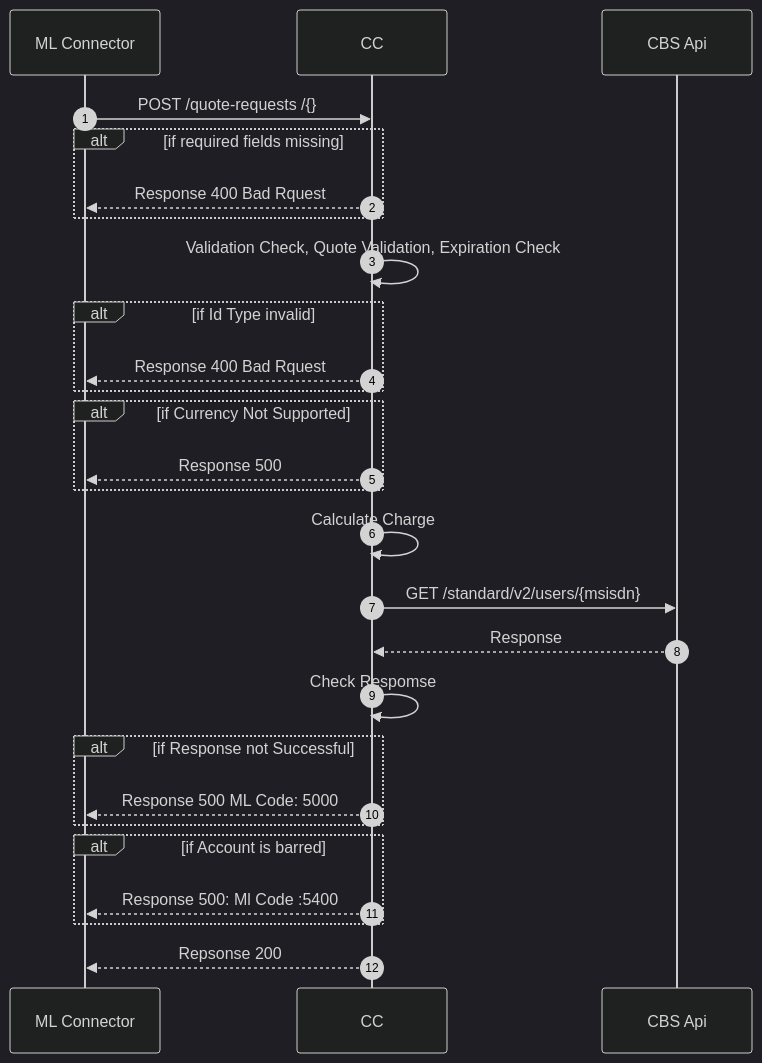
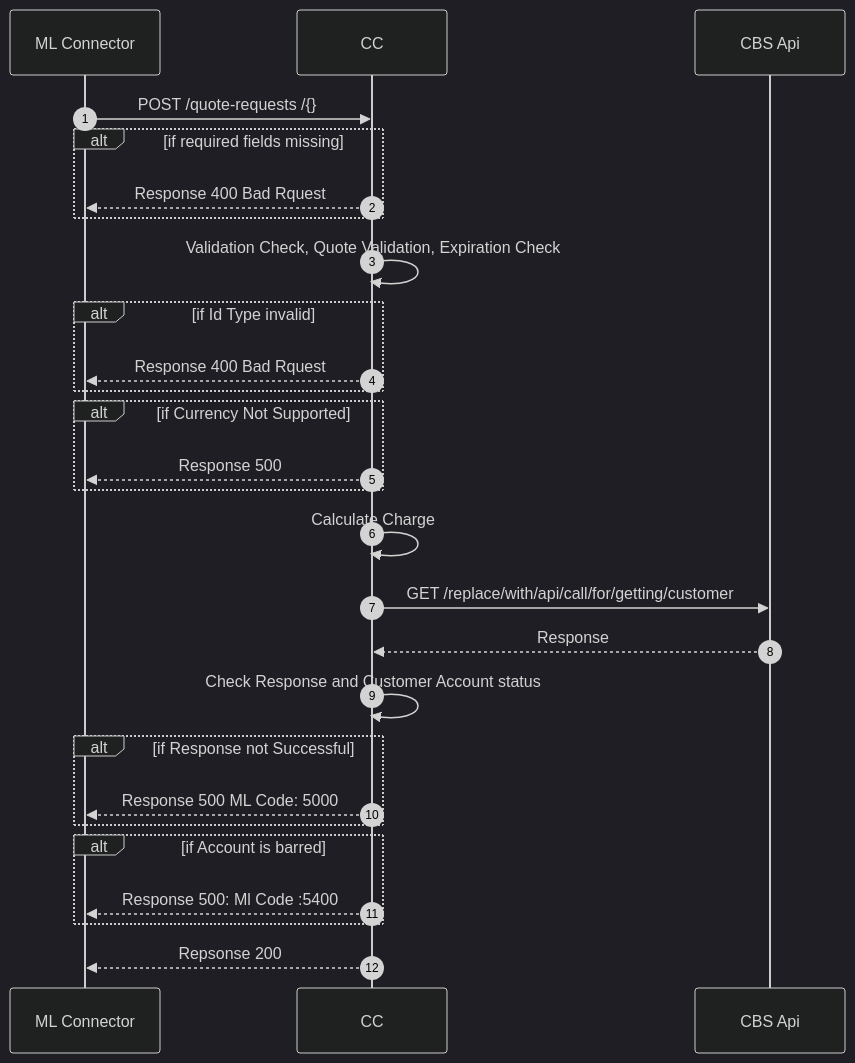
The diagram in core-connector-template/docs/payee-quoterequests.md (mojaloop/ml-reference-connectors), drawn with Mermaid (dark theme) before and after one commit. The commit also changed other lines of this file and 13 other files, not shown here.

````diff
--- a/core-connector-template/docs/payee-quoterequests.md
+++ b/core-connector-template/docs/payee-quoterequests.md
@@ -3,26 +4,26 @@
 ```mermaid
    sequenceDiagram
 autoNumber
 ML Connector ->> CC: POST /quote-requests /{}
 Alt if required fields missing
 CC-->>ML Connector: Response 400 Bad Rquest
 End
 CC->> CC:Validation Check, Quote Validation, Expiration Check
 Alt if Id Type invalid
 CC-->>ML Connector: Response 400 Bad Rquest
 End
 Alt if Currency Not Supported
 CC-->>ML Connector: Response 500
 End
 CC->>CC:Calculate Charge
-CC->> CBS Api:GET /standard/v2/users/{msisdn}
+CC->> CBS Api:GET /replace/with/api/call/for/getting/customer 
 CBS Api -->> CC:Response
-CC->>CC: Check Respomse
+CC->>CC: Check Response and Customer Account status 
 Alt if Response not Successful
 CC-->>ML Connector: Response 500 ML Code: 5000
 End
 Alt if Account is barred
 CC-->>ML Connector:Response 500: Ml Code :5400
 End
 CC-->>ML Connector: Repsonse 200
 ```
````
